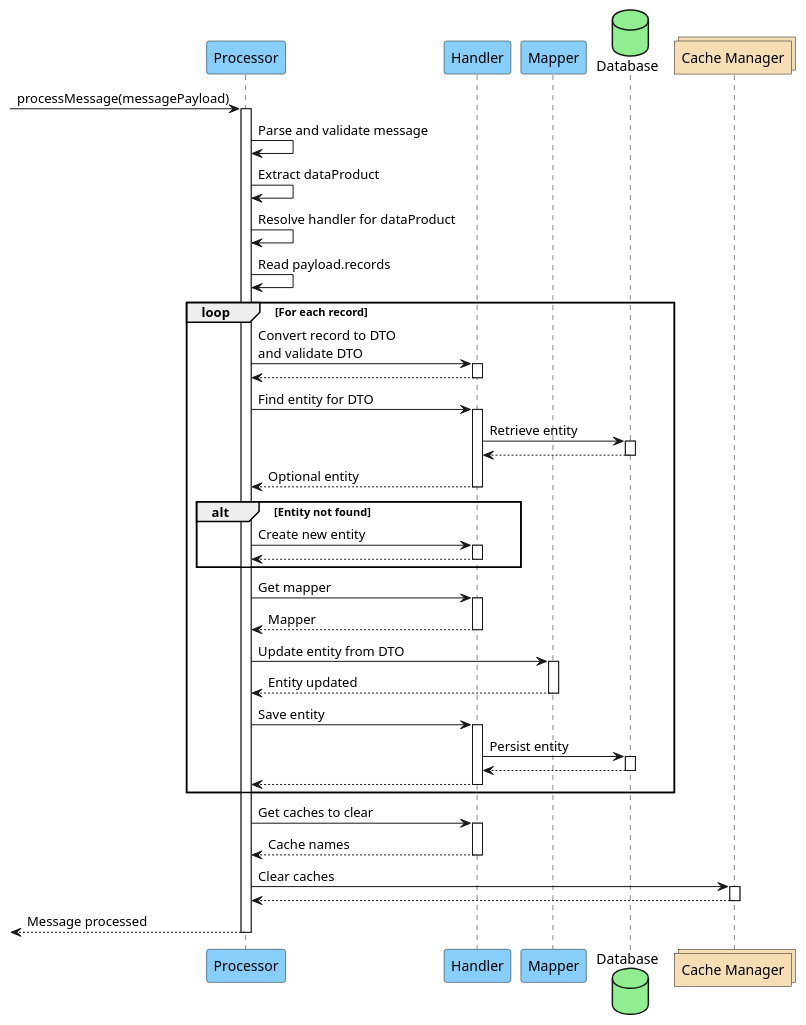
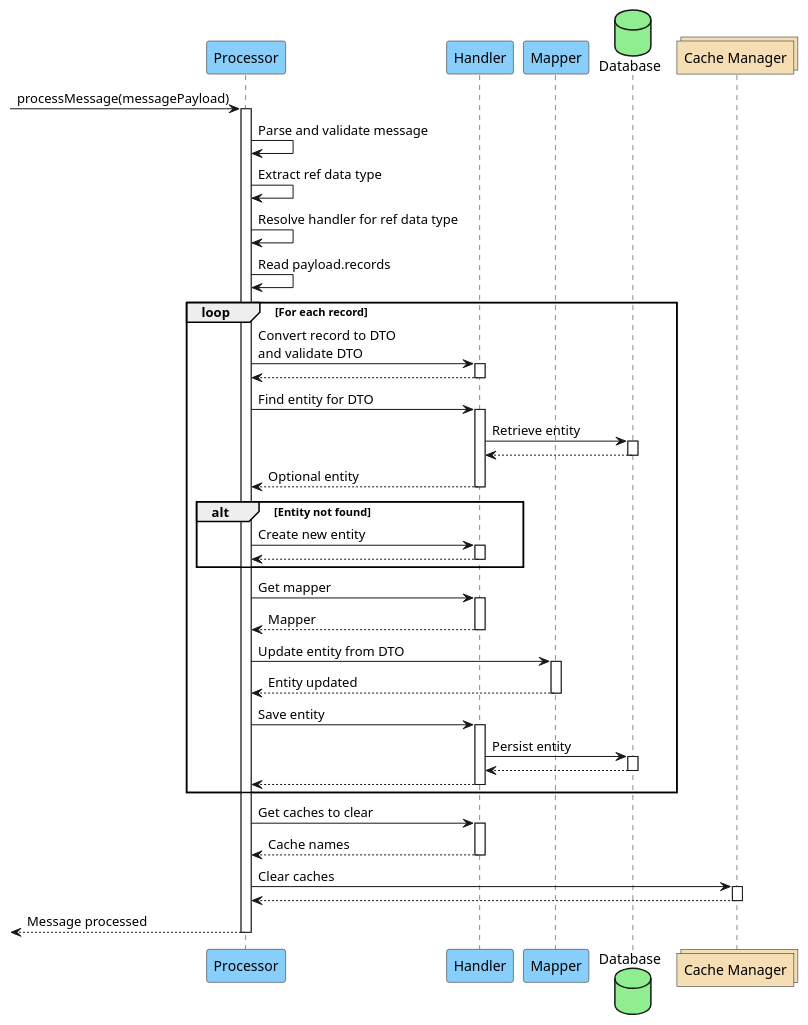
One commit to hmcts/opal-docs changed the diagram in plantUML/reference-data/processor_handler.puml. Above: the diagram before and after it, drawn with PlantUML.

Commit message:
process handler 04

```diff
--- a/plantUML/reference-data/processor_handler.puml
+++ b/plantUML/reference-data/processor_handler.puml
@@ -1,52 +1,52 @@
 @startuml
 participant "Processor" as processor #lightskyblue
 participant "Handler" as handler #lightskyblue
 participant "Mapper" as mapper #lightskyblue
 database "Database" as db #lightgreen
 collections "Cache Manager" as cacheManager #wheat
 
 -> processor ++ : processMessage(messagePayload)
 
 processor -> processor : Parse and validate message
-processor -> processor : Extract dataProduct
-processor -> processor : Resolve handler for dataProduct
+processor -> processor : Extract ref data type
+processor -> processor : Resolve handler for ref data type
 
 processor -> processor : Read payload.records
 
 loop For each record
     processor -> handler ++ : Convert record to DTO\nand validate DTO
     handler --> processor --
 
     processor -> handler ++ : Find entity for DTO
     handler -> db ++ : Retrieve entity
     db --> handler --
     handler --> processor -- : Optional entity
 
     alt Entity not found
         processor -> handler ++ : Create new entity
         handler --> processor --
     end
 
     processor -> handler ++ : Get mapper
     handler --> processor -- : Mapper
 
     processor -> mapper ++ : Update entity from DTO
     mapper --> processor -- : Entity updated
 
     processor -> handler ++ : Save entity
     handler -> db ++ : Persist entity
     db --> handler --
     handler --> processor --
 end
 
 processor -> handler ++ : Get caches to clear
 handler --> processor -- : Cache names
 
 processor -> cacheManager ++ : Clear caches
 cacheManager --> processor --
 
 <-- processor : Message processed
 
 deactivate processor
 
 @enduml
```
